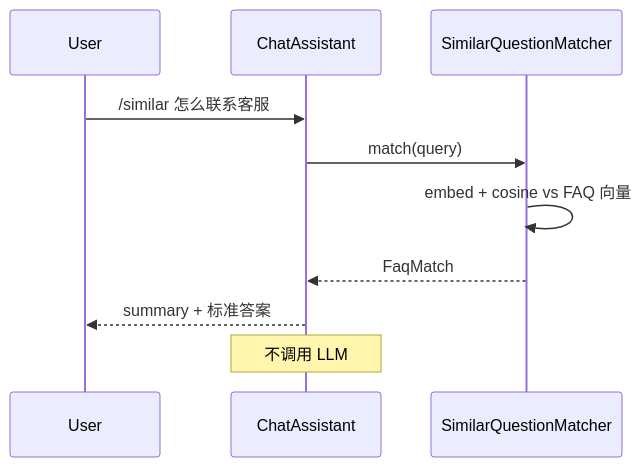
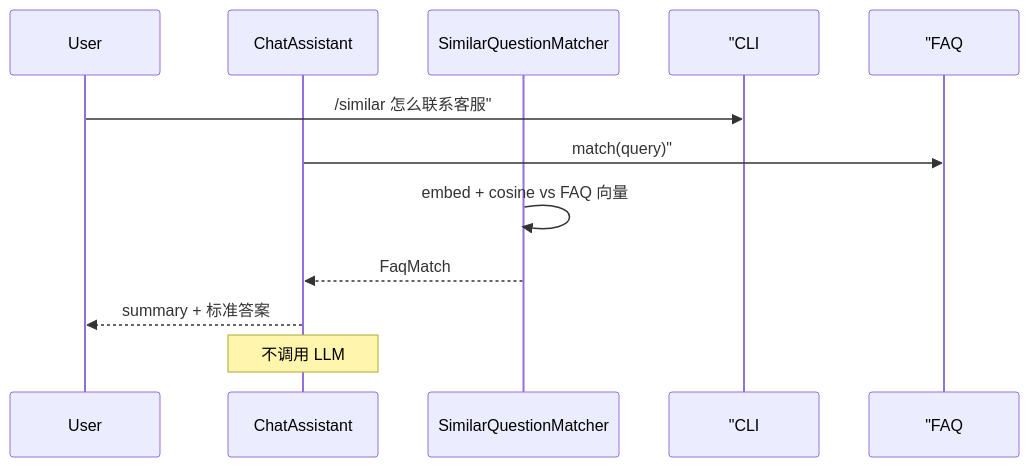
The fourth of 6 diagrams in course/day20/04_流程图与示意图.md (ab6539763/70_days_course_plus), drawn with Mermaid before and after one commit. The commit also changed other lines of this file and 134 other files, not shown here.

````diff
--- a/course/day20/04_流程图与示意图.md
+++ b/course/day20/04_流程图与示意图.md
@@ -82,13 +82,13 @@
 ```mermaid
 sequenceDiagram
     participant User
     participant CLI as ChatAssistant
     participant FAQ as SimilarQuestionMatcher
 
-    User->>CLI: /similar 怎么联系客服
-    CLI->>FAQ: match(query)
+    User->> "CLI: /similar 怎么联系客服"
+    CLI->> "FAQ: match(query)"
     FAQ->>FAQ: embed + cosine vs FAQ 向量
     FAQ-->>CLI: FaqMatch
     CLI-->>User: summary + 标准答案
     Note over CLI: 不调用 LLM
 ```
````
